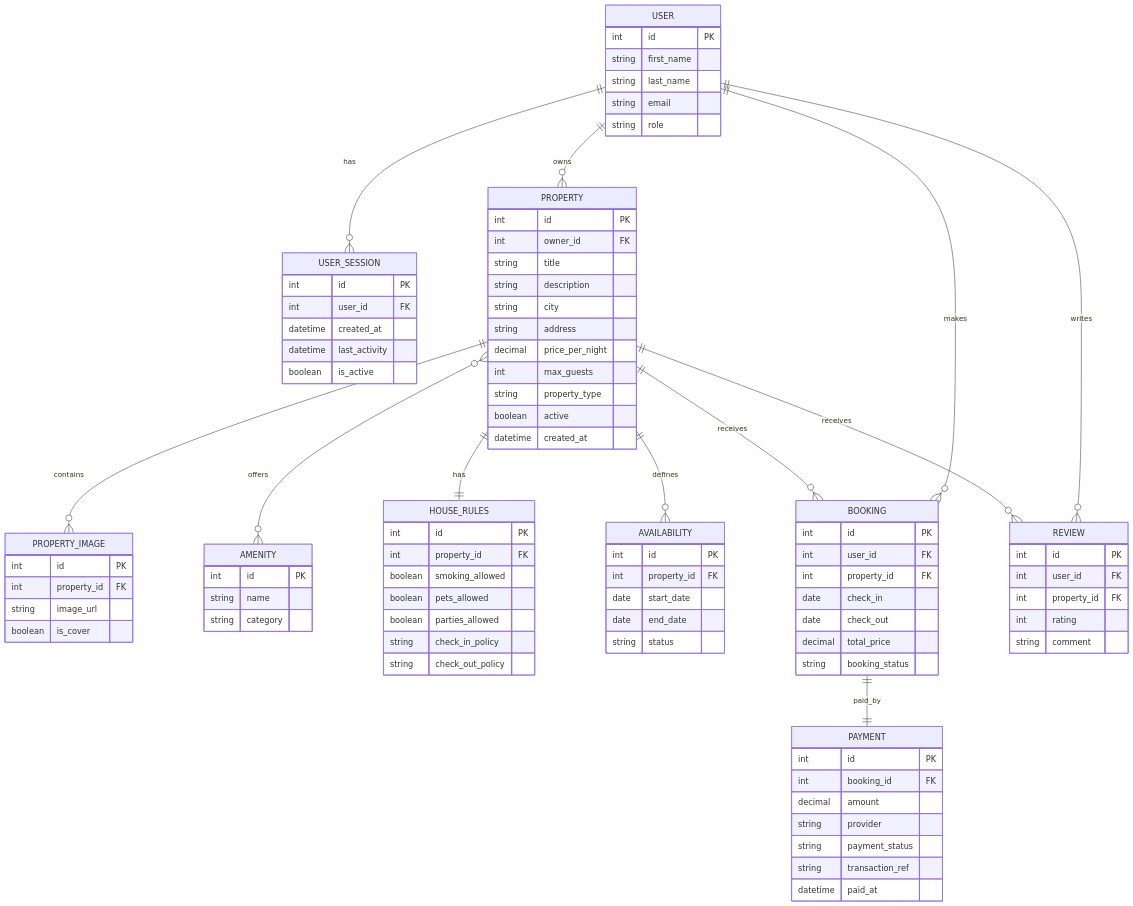
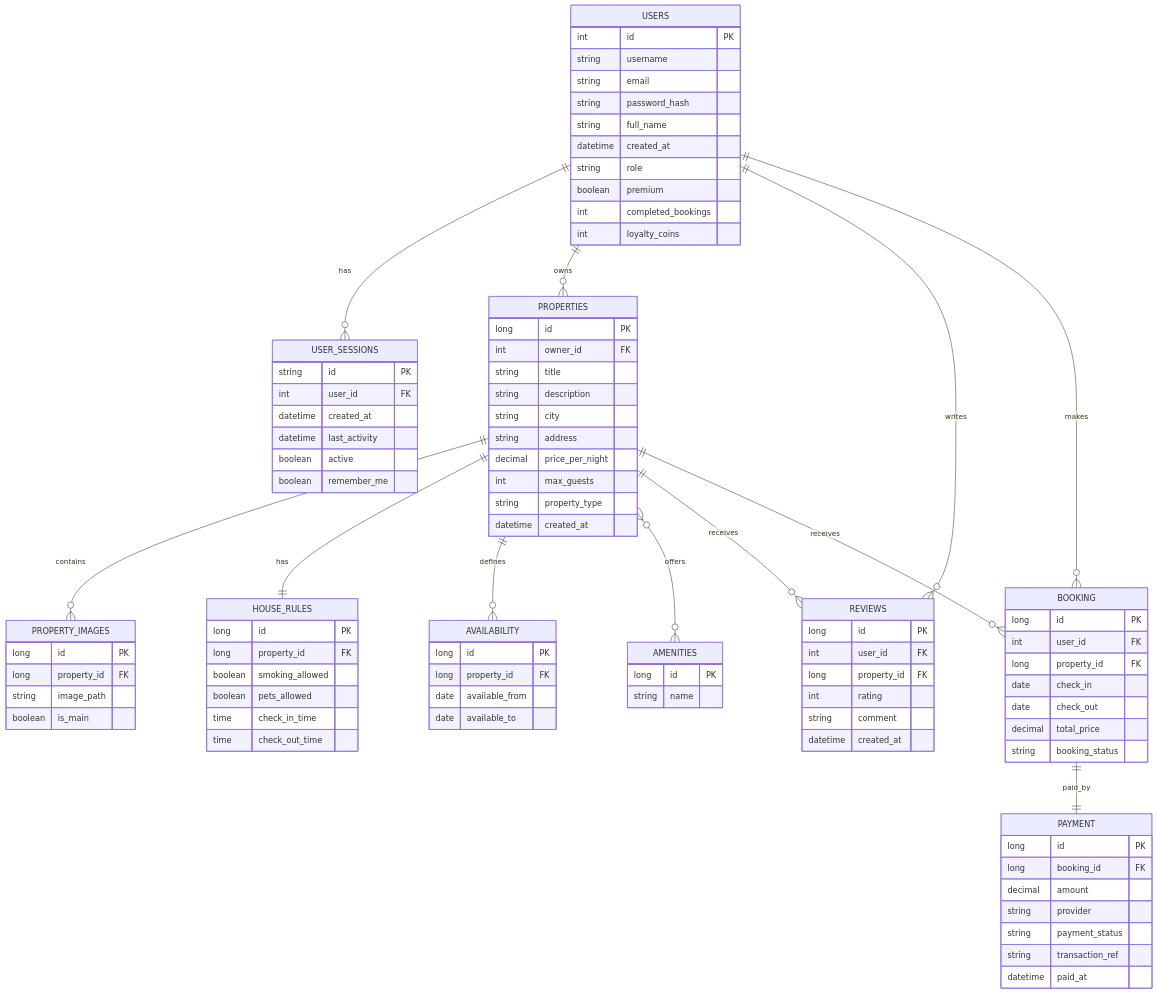
One commit to VictorE076/StayEasy-App changed the diagram in README.md. Above: the diagram before and after it, drawn with Mermaid. The commit also changed other lines of this file, not shown here.

````diff
--- a/README.md
+++ b/README.md
@@ -9,23 +148,29 @@
 ```mermaid
 erDiagram
-    USER {
+    USERS {
         int id PK
-        string first_name
-        string last_name
+        string username
         string email
+        string password_hash
+        string full_name
+        datetime created_at
         string role
+        boolean premium
+        int completed_bookings
+        int loyalty_coins
     }
 
-    USER_SESSION {
-        int id PK
+    USER_SESSIONS {
+        string id PK
         int user_id FK
         datetime created_at
         datetime last_activity
-        boolean is_active
+        boolean active
+        boolean remember_me
     }
 
-    PROPERTY {
-        int id PK
+    PROPERTIES {
+        long id PK
         int owner_id FK
         string title
         string description
@@ -34,45 +179,50 @@
         decimal price_per_night
         int max_guests
         string property_type
-        boolean active
         datetime created_at
     }
 
-    PROPERTY_IMAGE {
-        int id PK
-        int property_id FK
-        string image_url
-        boolean is_cover
+    PROPERTY_IMAGES {
+        long id PK
+        long property_id FK
+        string image_path
+        boolean is_main
     }
 
-    AMENITY {
-        int id PK
+    AMENITIES {
+        long id PK
         string name
-        string category
     }
 
     HOUSE_RULES {
-        int id PK
-        int property_id FK
+        long id PK
+        long property_id FK
         boolean smoking_allowed
         boolean pets_allowed
-        boolean parties_allowed
-        string check_in_policy
-        string check_out_policy
+        time check_in_time
+        time check_out_time
     }
 
     AVAILABILITY {
-        int id PK
-        int property_id FK
-        date start_date
-        date end_date
-        string status
+        long id PK
+        long property_id FK
+        date available_from
+        date available_to
+    }
+
+    REVIEWS {
+        long id PK
+        int user_id FK
+        long property_id FK
+        int rating
+        string comment
+        datetime created_at
     }
 
     BOOKING {
-        int id PK
+        long id PK
         int user_id FK
-        int property_id FK
+        long property_id FK
         date check_in
         date check_out
         decimal total_price
@@ -80,8 +230,8 @@
     }
 
     PAYMENT {
-        int id PK
-        int booking_id FK
+        long id PK
+        long booking_id FK
         decimal amount
         string provider
         string payment_status
@@ -89,23 +239,15 @@
         datetime paid_at
     }
 
-    REVIEW {
-        int id PK
-        int user_id FK
-        int property_id FK
-        int rating
-        string comment
-    }
-
-    USER ||--o{ USER_SESSION : has
-    USER ||--o{ PROPERTY : owns
-    PROPERTY ||--o{ PROPERTY_IMAGE : contains
-    PROPERTY ||--|| HOUSE_RULES : has
-    PROPERTY ||--o{ AVAILABILITY : defines
-    USER ||--o{ BOOKING : makes
-    PROPERTY ||--o{ BOOKING : receives
+    USERS ||--o{ USER_SESSIONS : has
+    USERS ||--o{ PROPERTIES : owns
+    PROPERTIES ||--o{ PROPERTY_IMAGES : contains
+    PROPERTIES ||--|| HOUSE_RULES : has
+    PROPERTIES ||--o{ AVAILABILITY : defines
+    PROPERTIES }o--o{ AMENITIES : offers
+    USERS ||--o{ REVIEWS : writes
+    PROPERTIES ||--o{ REVIEWS : receives
+    USERS ||--o{ BOOKING : makes
+    PROPERTIES ||--o{ BOOKING : receives
     BOOKING ||--|| PAYMENT : paid_by
-    USER ||--o{ REVIEW : writes
-    PROPERTY ||--o{ REVIEW : receives
-    PROPERTY }o--o{ AMENITY : offers
 ```
````
